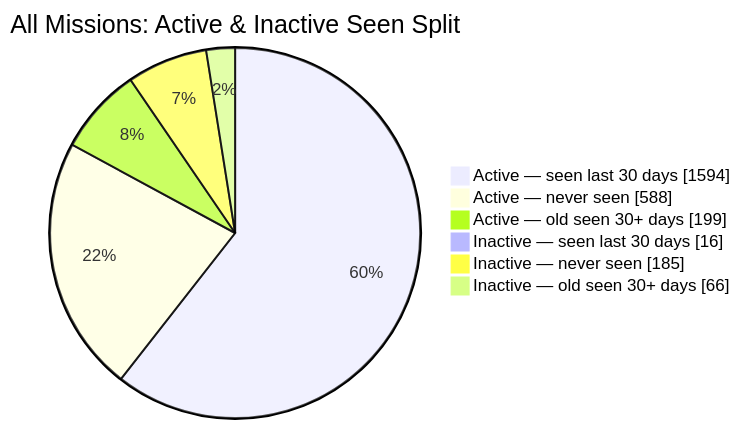
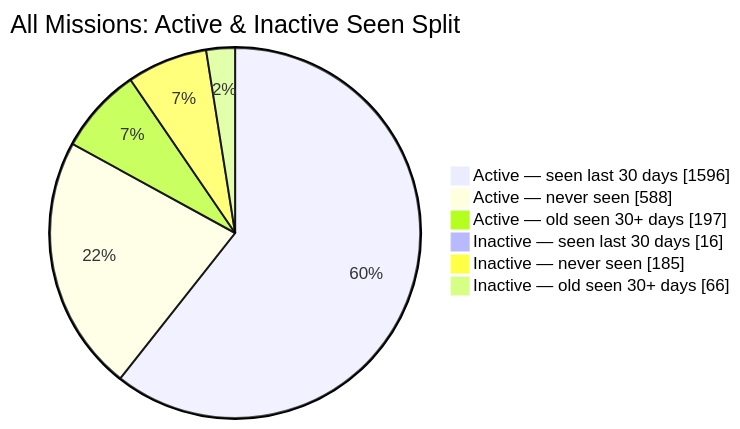
One commit to MeldkamerspelGameTeam/active-missions changed the second of 2 diagrams in README.md. Above: the diagram before and after it, drawn with Mermaid. The commit also changed other lines of this file and 2 other files, not shown here.

````diff
--- a/README.md
+++ b/README.md
@@ -44,10 +44,10 @@
 ```mermaid
 pie showData
     title All Missions: Active & Inactive Seen Split
-    "Active — seen last 30 days" : 1594
+    "Active — seen last 30 days" : 1596
     "Active — never seen" : 588
-    "Active — old seen 30+ days" : 199
+    "Active — old seen 30+ days" : 197
     "Inactive — seen last 30 days" : 16
     "Inactive — never seen" : 185
     "Inactive — old seen 30+ days" : 66
 ```
````
